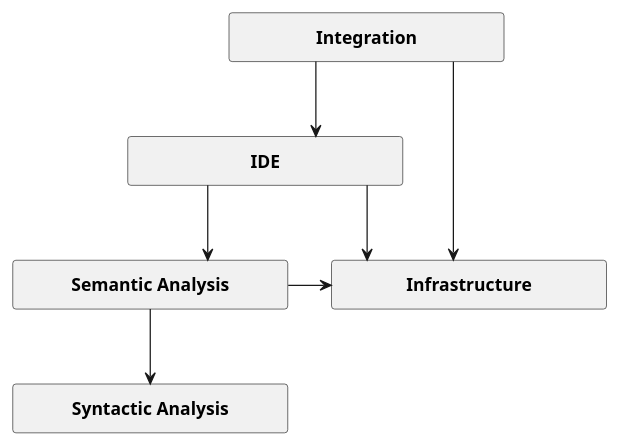
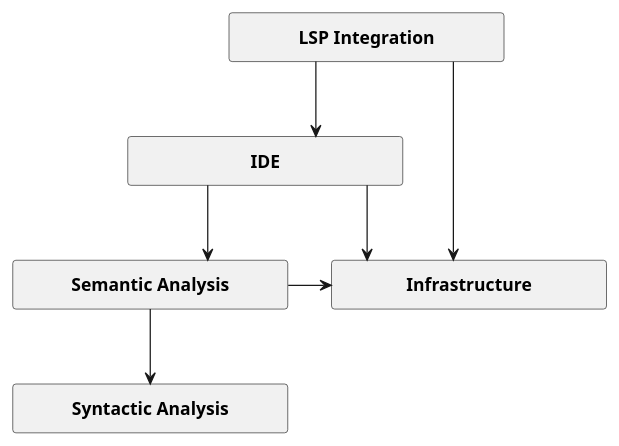
One commit to SDATeam10/Project changed the diagram in src/diagrams/architecture/layered-architecture.puml. Above: the diagram before and after it, drawn with PlantUML.

Commit message:
fix: 'Integration' -> 'LSP Integratino'

```diff
--- a/src/diagrams/architecture/layered-architecture.puml
+++ b/src/diagrams/architecture/layered-architecture.puml
@@ -1,24 +1,24 @@
 @startuml
 <style>
 element {MinimumWidth 200}
 </style>
 skinparam defaultTextAlignment center
 skinparam linetype ortho
 
 
-rectangle "**Integration**" as lsp
+rectangle "**LSP Integration**" as lsp
 rectangle "**IDE**" as ide
 rectangle "**Semantic Analysis**" as sem
 rectangle "**Syntactic Analysis**" as syn
 rectangle "**Infrastructure**" as inf
 
 
 lsp --> ide
 ide --> sem
 sem --> syn
 
 lsp -d-> inf
 ide -d-> inf
 sem -r-> inf
 
 @enduml
```
